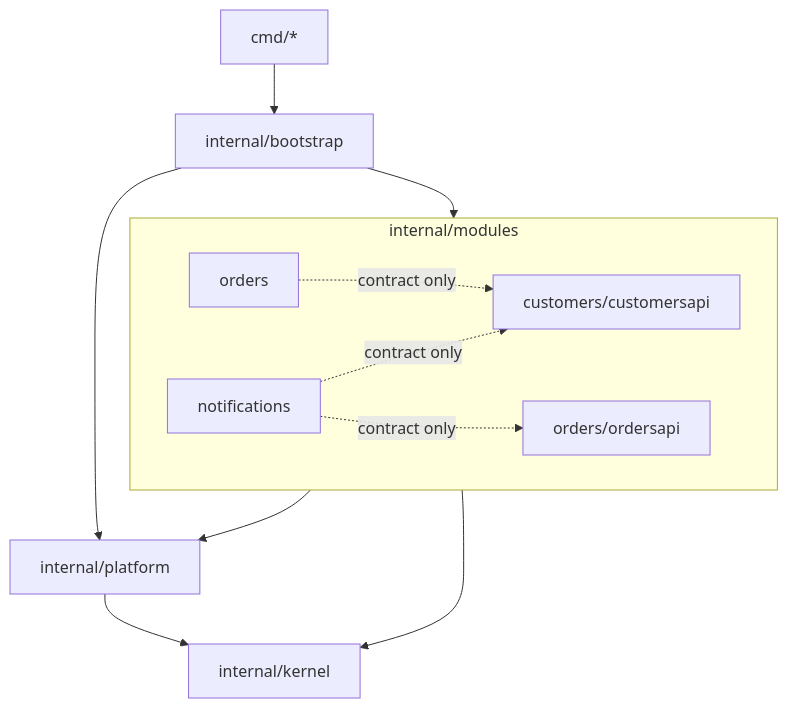
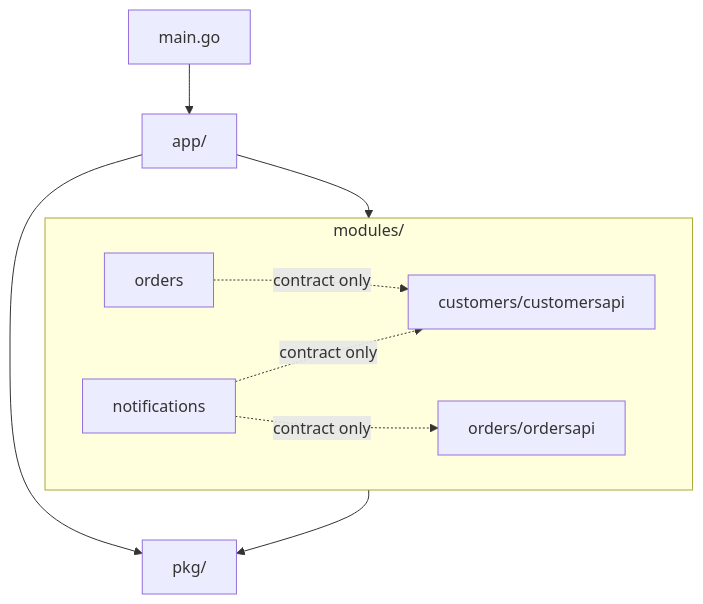
One commit to FeliceGeracitano/go-modular-monolith changed the diagram in ARCHITECTURE.md. Above: the diagram before and after it, drawn with Mermaid. The commit also changed other lines of this file and 156 other files, not shown here.

````diff
--- a/ARCHITECTURE.md
+++ b/ARCHITECTURE.md
@@ -85,16 +58,14 @@
 ```mermaid
 flowchart TD
-    cmd[cmd/*] --> bootstrap[internal/bootstrap]
-    bootstrap --> modules
-    bootstrap --> platform
+    main[main.go] --> app[app/]
+    app --> modules
+    app --> pkg
 
-    subgraph modules[internal/modules]
+    subgraph modules[modules/]
         orders[orders] -. contract only .-> customersapi[customers/customersapi]
         notifications[notifications] -. contract only .-> customersapi
         notifications -. contract only .-> ordersapi[orders/ordersapi]
     end
 
-    modules --> platform[internal/platform]
-    modules --> kernel[internal/kernel]
-    platform --> kernel
+    modules --> pkg[pkg/]
 ```
````
